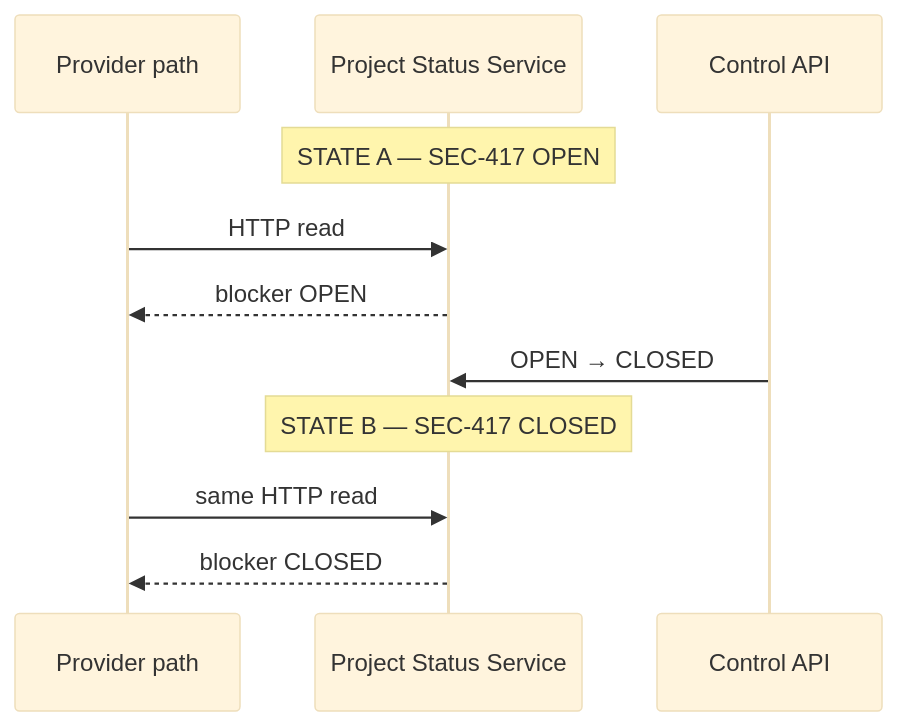
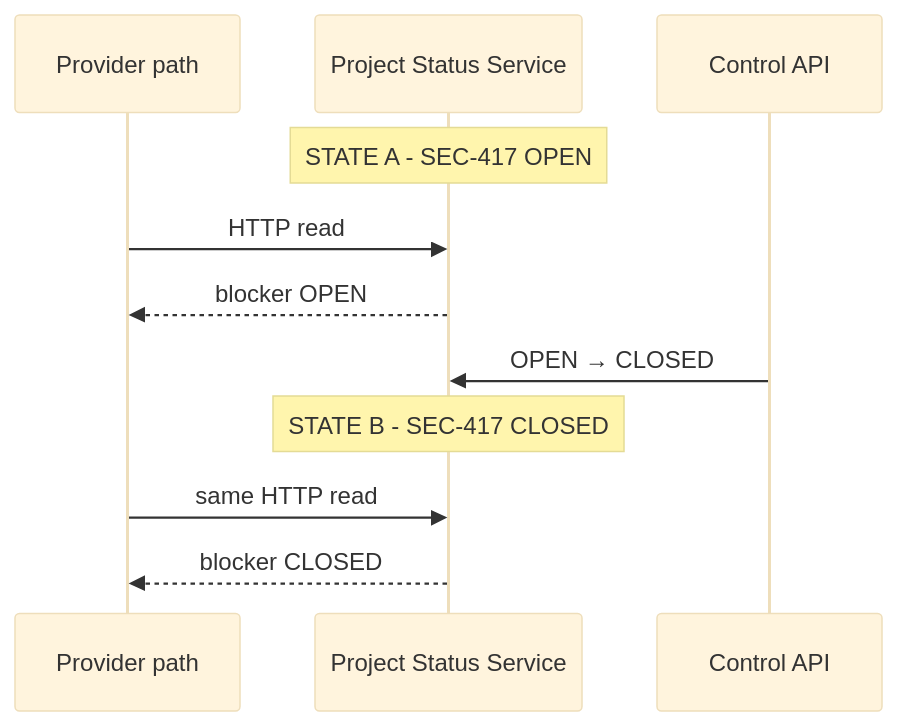
The eighth of 8 diagrams in applications/local_workspace_application/docs/HYBRID_ASK_ARCHITECTURE.md (jakbuczarnecki/intergrax), drawn with Mermaid (base theme) before and after one commit. The commit also changed other lines of this file and 863 other files, not shown here.

````diff
--- a/applications/local_workspace_application/docs/HYBRID_ASK_ARCHITECTURE.md
+++ b/applications/local_workspace_application/docs/HYBRID_ASK_ARCHITECTURE.md
@@ -810,13 +810,13 @@
 ```mermaid
 sequenceDiagram
   participant P as Provider path
   participant S as Project Status Service
   participant C as Control API
-  Note over S: STATE A — SEC-417 OPEN
+  Note over S: STATE A - SEC-417 OPEN
   P->>S: HTTP read
   S-->>P: blocker OPEN
   C->>S: OPEN → CLOSED
-  Note over S: STATE B — SEC-417 CLOSED
+  Note over S: STATE B - SEC-417 CLOSED
   P->>S: same HTTP read
   S-->>P: blocker CLOSED
 ```
````
